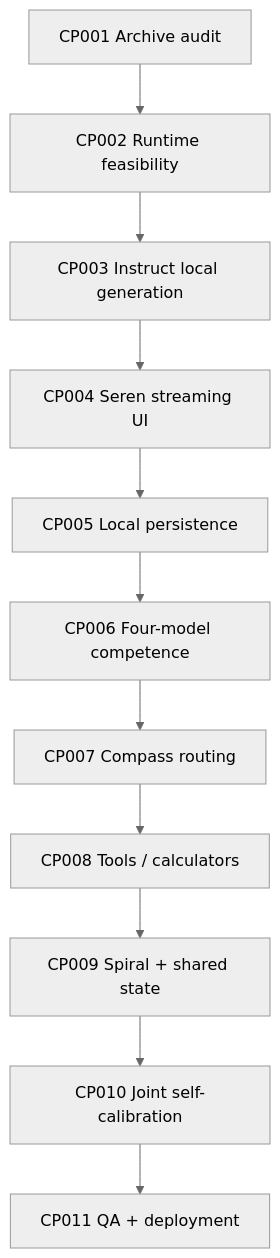
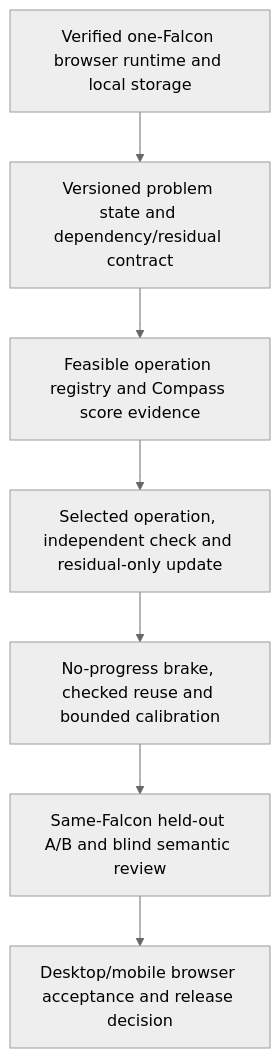
The diagram in docs/Plan.md (Enyx-D3/seren_ai), drawn with Mermaid (neutral theme) before and after one commit. The commit also changed other lines of this file and 72 other files, not shown here.

````diff
--- a/docs/Plan.md
+++ b/docs/Plan.md
@@ -28,13 +30,9 @@
 ```mermaid
 flowchart TD
-    A["CP001 Archive audit"] --> B["CP002 Runtime feasibility"]
-    B --> C["CP003 Instruct local generation"]
-    C --> D["CP004 Seren streaming UI"]
-    D --> E["CP005 Local persistence"]
-    E --> F["CP006 Four-model competence"]
-    F --> G["CP007 Compass routing"]
-    G --> H["CP008 Tools / calculators"]
-    H --> I["CP009 Spiral + shared state"]
-    I --> J["CP010 Joint self-calibration"]
-    J --> K["CP011 QA + deployment"]
+    A["Verified one-Falcon browser runtime and local storage"] --> B["Versioned problem state and dependency/residual contract"]
+    B --> C["Feasible operation registry and Compass score evidence"]
+    C --> D["Selected operation, independent check and residual-only update"]
+    D --> E["No-progress brake, checked reuse and bounded calibration"]
+    E --> F["Same-Falcon held-out A/B and blind semantic review"]
+    F --> G["Desktop/mobile browser acceptance and release decision"]
 ```
````
